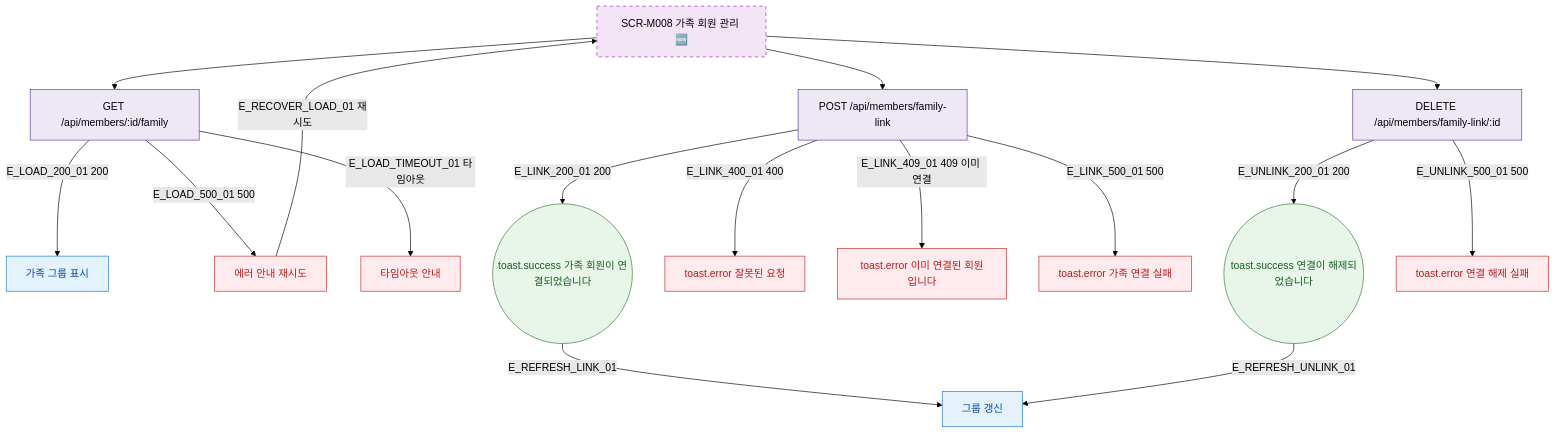
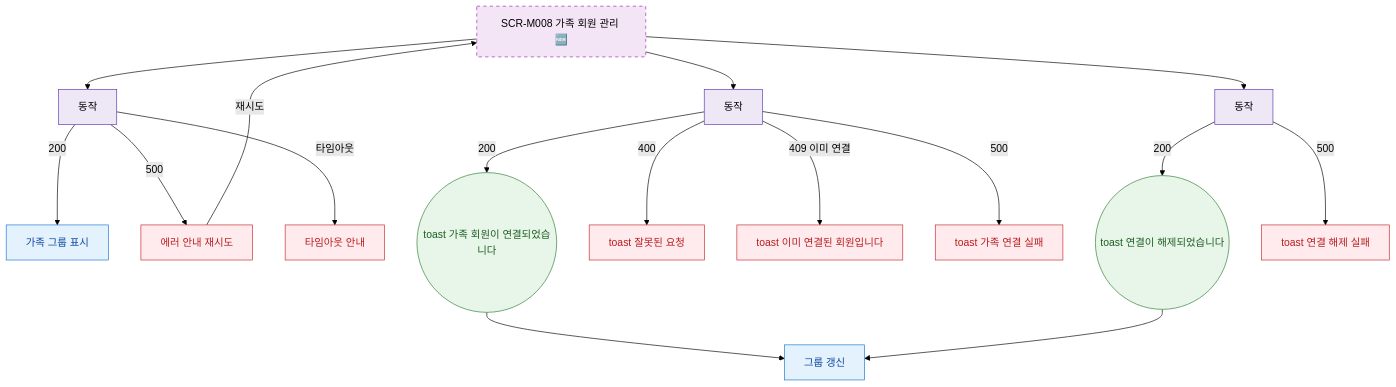
One commit to dev-spogym/admin-pando changed the diagram in docs/다이어그램/D02_회원관리/SCR-M008_가족회원/F8_에러예외.md. Above: the diagram before and after it, drawn with Mermaid (forest theme). The commit also changed other lines of this file and 1660 other files, not shown here.

First line of the commit message:
다이어그램: 기획자/클라이언트 납품본으로 정리

````diff
--- a/docs/다이어그램/D02_회원관리/SCR-M008_가족회원/F8_에러예외.md
+++ b/docs/다이어그램/D02_회원관리/SCR-M008_가족회원/F8_에러예외.md
@@ -22,36 +20,36 @@
 ```mermaid
 flowchart TD
   SCR_M008[SCR-M008 가족 회원 관리 🆕]
 
-  SCR_M008 --> API_LOAD[GET /api/members/:id/family]
-  SCR_M008 --> API_LINK[POST /api/members/family-link]
-  SCR_M008 --> API_UNLINK[DELETE /api/members/family-link/:id]
+  SCR_M008 --> API_LOAD[동작]
+  SCR_M008 --> API_LINK[동작]
+  SCR_M008 --> API_UNLINK[동작]
 
-  API_LOAD -->|E_LOAD_200_01 200| UI_OK[가족 그룹 표시]
-  API_LOAD -->|E_LOAD_500_01 500| ERR_LOAD[에러 안내 재시도]
-  API_LOAD -->|E_LOAD_TIMEOUT_01 타임아웃| ERR_TIMEOUT[타임아웃 안내]
+  API_LOAD -->|200|UI_OK[가족 그룹 표시]
+  API_LOAD -->|500|ERR_LOAD[에러 안내 재시도]
+  API_LOAD -->|타임아웃|ERR_TIMEOUT[타임아웃 안내]
 
-  API_LINK -->|E_LINK_200_01 200| TOAST_LINK_OK((toast.success 가족 회원이 연결되었습니다))
-  API_LINK -->|E_LINK_400_01 400| ERR_LINK_400[toast.error 잘못된 요청]
-  API_LINK -->|E_LINK_409_01 409 이미 연결| ERR_LINK_409[toast.error 이미 연결된 회원입니다]
-  API_LINK -->|E_LINK_500_01 500| ERR_LINK_500[toast.error 가족 연결 실패]
+  API_LINK -->|200|TOAST_LINK_OK((toast 가족 회원이 연결되었습니다))
+  API_LINK -->|400|ERR_LINK_400[toast 잘못된 요청]
+  API_LINK -->|409 이미 연결|ERR_LINK_409[toast 이미 연결된 회원입니다]
+  API_LINK -->|500|ERR_LINK_500[toast 가족 연결 실패]
 
-  API_UNLINK -->|E_UNLINK_200_01 200| TOAST_UNLINK_OK((toast.success 연결이 해제되었습니다))
-  API_UNLINK -->|E_UNLINK_500_01 500| ERR_UNLINK_500[toast.error 연결 해제 실패]
+  API_UNLINK -->|200|TOAST_UNLINK_OK((toast 연결이 해제되었습니다))
+  API_UNLINK -->|500|ERR_UNLINK_500[toast 연결 해제 실패]
 
-  TOAST_LINK_OK -->|E_REFRESH_LINK_01| REFRESH[그룹 갱신]
-  TOAST_UNLINK_OK -->|E_REFRESH_UNLINK_01| REFRESH
-  ERR_LOAD -->|E_RECOVER_LOAD_01 재시도| SCR_M008
+  TOAST_LINK_OK --> REFRESH[그룹 갱신]
+  TOAST_UNLINK_OK --> REFRESH
+  ERR_LOAD -->|재시도|SCR_M008
 
-  classDef screen     fill:#E3F2FD,stroke:#1976D2,color:#0D47A1
+  classDef screen fill:#E3F2FD,stroke:#1976D2,color:#0D47A1
   classDef newFeature fill:#F3E5F5,stroke:#9C27B0,stroke-dasharray:5 5
-  classDef success    fill:#E8F5E9,stroke:#2E7D32,color:#1B5E20
-  classDef error      fill:#FFEBEE,stroke:#C62828,color:#B71C1C
-  classDef system     fill:#EDE7F6,stroke:#5E35B2
+  classDef success fill:#E8F5E9,stroke:#2E7D32,color:#1B5E20
+  classDef error fill:#FFEBEE,stroke:#C62828,color:#B71C1C
+  classDef system fill:#EDE7F6,stroke:#5E35B2
 
   class SCR_M008 newFeature
   class UI_OK,REFRESH screen
   class TOAST_LINK_OK,TOAST_UNLINK_OK success
   class ERR_LOAD,ERR_TIMEOUT,ERR_LINK_400,ERR_LINK_409,ERR_LINK_500,ERR_UNLINK_500 error
   class API_LOAD,API_LINK,API_UNLINK system
 ```
````
